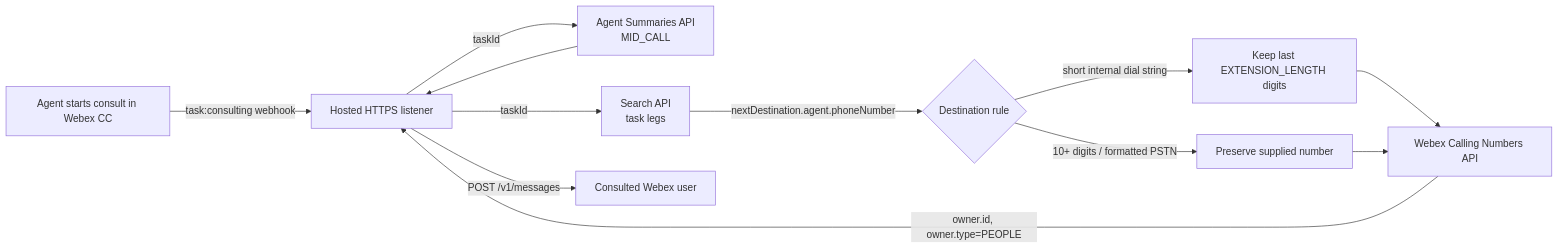
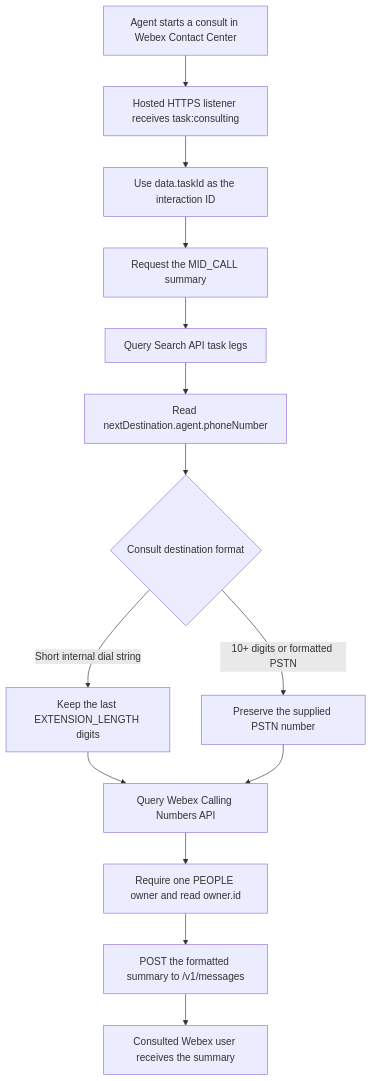
One commit to WebexCC-SA/FDE-Playbook-Catalog changed the diagram in Playbooks/consult-transfer-summary-to-webex/README.md. Above: the diagram before and after it, drawn with Mermaid. The commit also changed 1 other file, not shown here.

Commit message:
Publish consult-transfer-summary-to-webex from FDE PR #26

````diff
--- a/Playbooks/consult-transfer-summary-to-webex/README.md
+++ b/Playbooks/consult-transfer-summary-to-webex/README.md
@@ -15,14 +15,30 @@
 ```mermaid
-flowchart LR
-    A[Agent starts consult in Webex CC] -->|task:consulting webhook| B[Hosted HTTPS listener]
-    B -->|taskId| C[Agent Summaries API<br/>MID_CALL]
-    B -->|taskId| D[Search API<br/>task legs]
-    D -->|nextDestination.agent.phoneNumber| E{Destination rule}
-    E -->|short internal dial string| F[Keep last EXTENSION_LENGTH digits]
-    E -->|10+ digits / formatted PSTN| G[Preserve supplied number]
-    F --> H[Webex Calling Numbers API]
-    G --> H
-    H -->|owner.id, owner.type=PEOPLE| B
-    C --> B
-    B -->|POST /v1/messages| I[Consulted Webex user]
+flowchart TD
+    A[Agent starts a consult in Webex Contact Center]
+    B[Hosted HTTPS listener receives task:consulting]
+    C[Use data.taskId as the interaction ID]
+    D[Request the MID_CALL summary]
+    E[Query Search API task legs]
+    F[Read nextDestination.agent.phoneNumber]
+    G{Consult destination format}
+    H[Keep the last EXTENSION_LENGTH digits]
+    I[Preserve the supplied PSTN number]
+    J[Query Webex Calling Numbers API]
+    K[Require one PEOPLE owner and read owner.id]
+    L[POST the formatted summary to /v1/messages]
+    M[Consulted Webex user receives the summary]
+
+    A --> B
+    B --> C
+    C --> D
+    D --> E
+    E --> F
+    F --> G
+    G -->|Short internal dial string| H
+    G -->|10+ digits or formatted PSTN| I
+    H --> J
+    I --> J
+    J --> K
+    K --> L
+    L --> M
 ```
````
